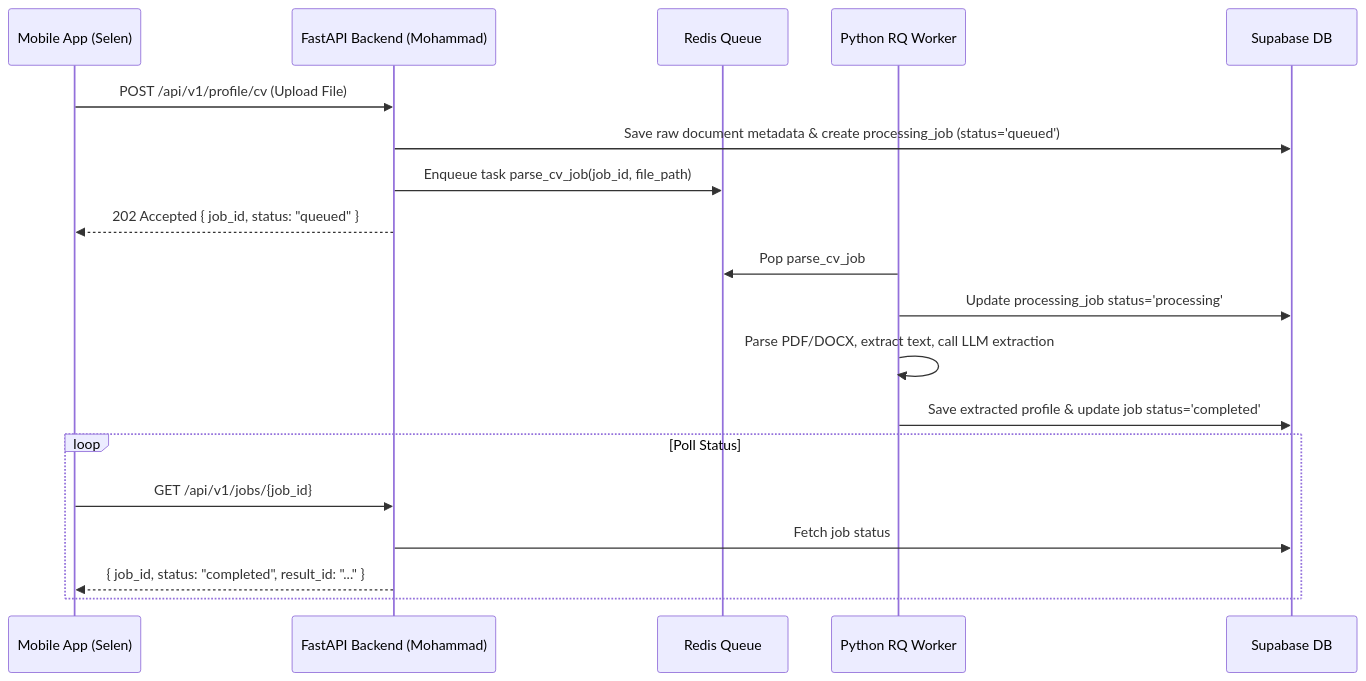
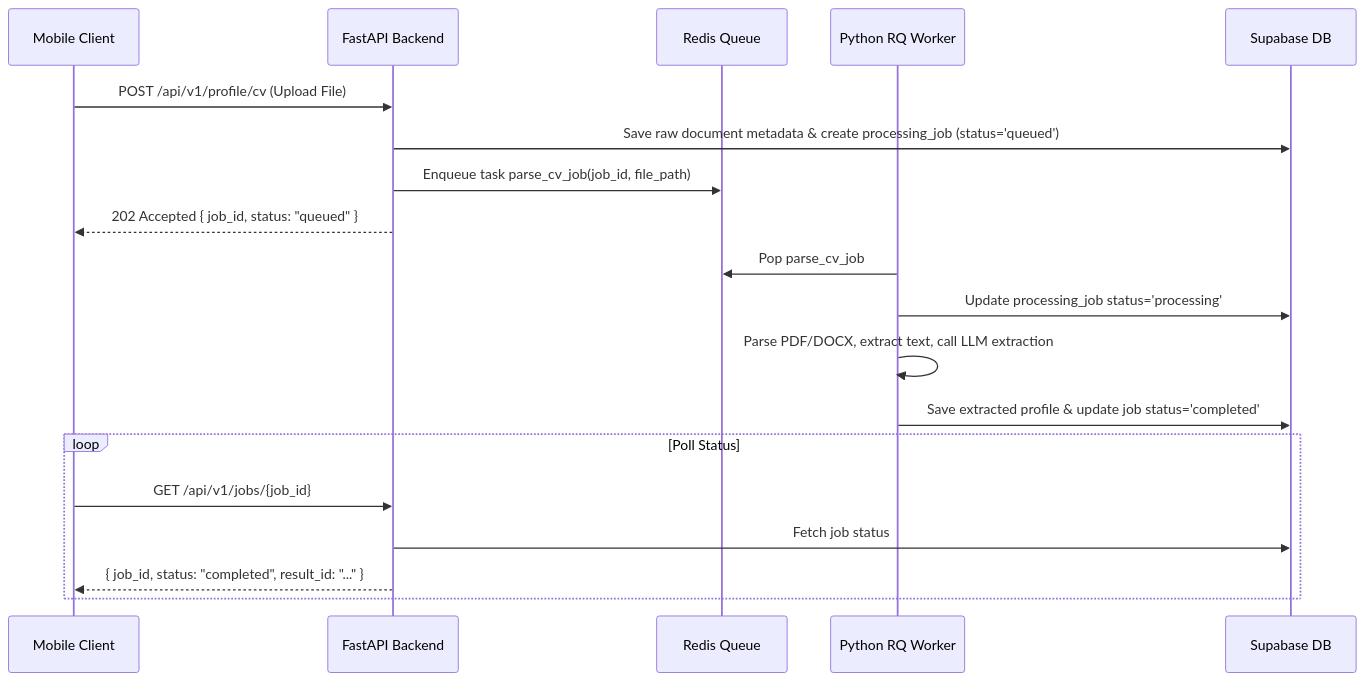
Before and after one commit to AISSCLUB/InternMatch-AI: the third of 4 diagrams in docs/ARCHITECTURE.md, drawn with Mermaid. The commit also changed other lines of this file and 12 other files, not shown here.

````diff
--- a/docs/ARCHITECTURE.md
+++ b/docs/ARCHITECTURE.md
@@ -281,24 +281,24 @@
 ```mermaid
 sequenceDiagram
-    participant Client as Mobile App (Selen)
-    participant API as FastAPI Backend (Mohammad)
+    participant Client as Mobile Client
+    participant API as FastAPI Backend
     participant Queue as Redis Queue
     participant Worker as Python RQ Worker
     participant DB as Supabase DB
 
     Client->>API: POST /api/v1/profile/cv (Upload File)
     API->>DB: Save raw document metadata & create processing_job (status='queued')
     API->>Queue: Enqueue task parse_cv_job(job_id, file_path)
     API-->>Client: 202 Accepted { job_id, status: "queued" }
 
     Worker->>Queue: Pop parse_cv_job
     Worker->>DB: Update processing_job status='processing'
     Worker->>Worker: Parse PDF/DOCX, extract text, call LLM extraction
     Worker->>DB: Save extracted profile & update job status='completed'
 
     loop Poll Status
         Client->>API: GET /api/v1/jobs/{job_id}
         API->>DB: Fetch job status
         API-->>Client: { job_id, status: "completed", result_id: "..." }
     end
 ```
````
